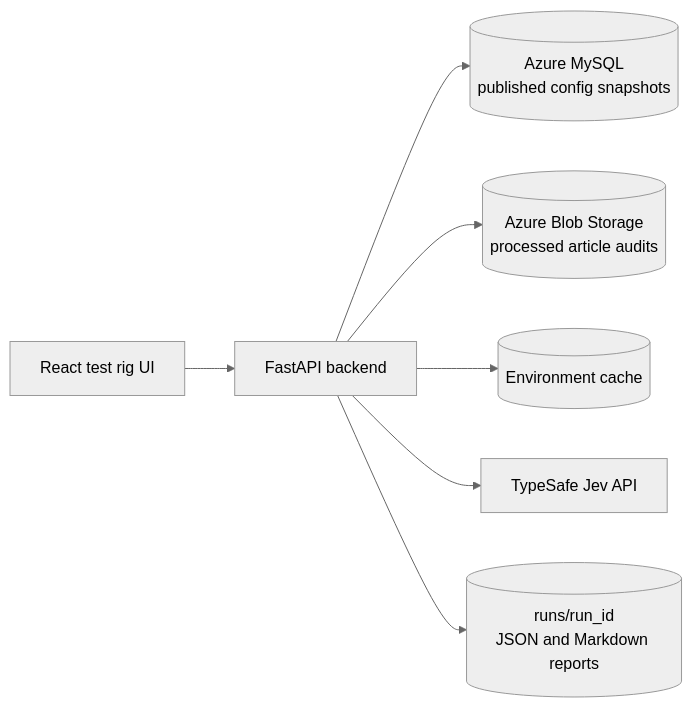
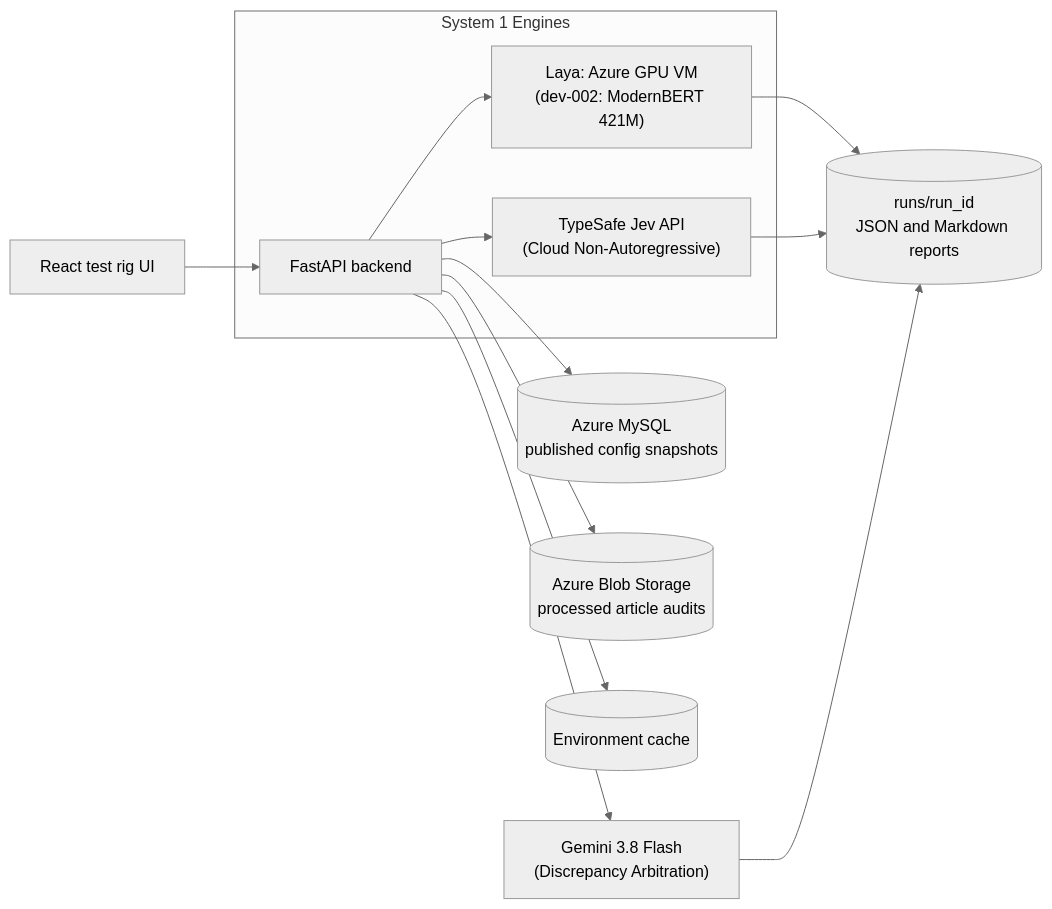
One commit to TonyP-MR/jev-curation-engine changed the third of 5 diagrams in jev-curation-engine-explainer.md. Above: the diagram before and after it, drawn with Mermaid (neutral theme). The commit also changed other lines of this file and 1 other file, not shown here.

Commit message:
docs: update README and explainer diagrams to reflect dual Laya and Jev options

````diff
--- a/jev-curation-engine-explainer.md
+++ b/jev-curation-engine-explainer.md
@@ -349,9 +357,17 @@
 ```mermaid
 flowchart LR
     UI[React test rig UI] --> API[FastAPI backend]
     API --> DB[(Azure MySQL<br/>published config snapshots)]
     API --> BLOB[(Azure Blob Storage<br/>processed article audits)]
     API --> CACHE[(Environment cache)]
-    API --> JEV[TypeSafe Jev API]
-    API --> RUNS[(runs/run_id<br/>JSON and Markdown reports)]
+    
+    subgraph ENGINES["System 1 Engines"]
+        API --> LAYA["Laya: Azure GPU VM<br/>(dev-002: ModernBERT 421M)"]
+        API --> JEV["TypeSafe Jev API<br/>(Cloud Non-Autoregressive)"]
+    end
+    
+    LAYA --> RUNS[(runs/run_id<br/>JSON and Markdown reports)]
+    JEV --> RUNS
+    API --> ARB["Gemini 3.8 Flash<br/>(Discrepancy Arbitration)"]
+    ARB --> RUNS
 ```
````
